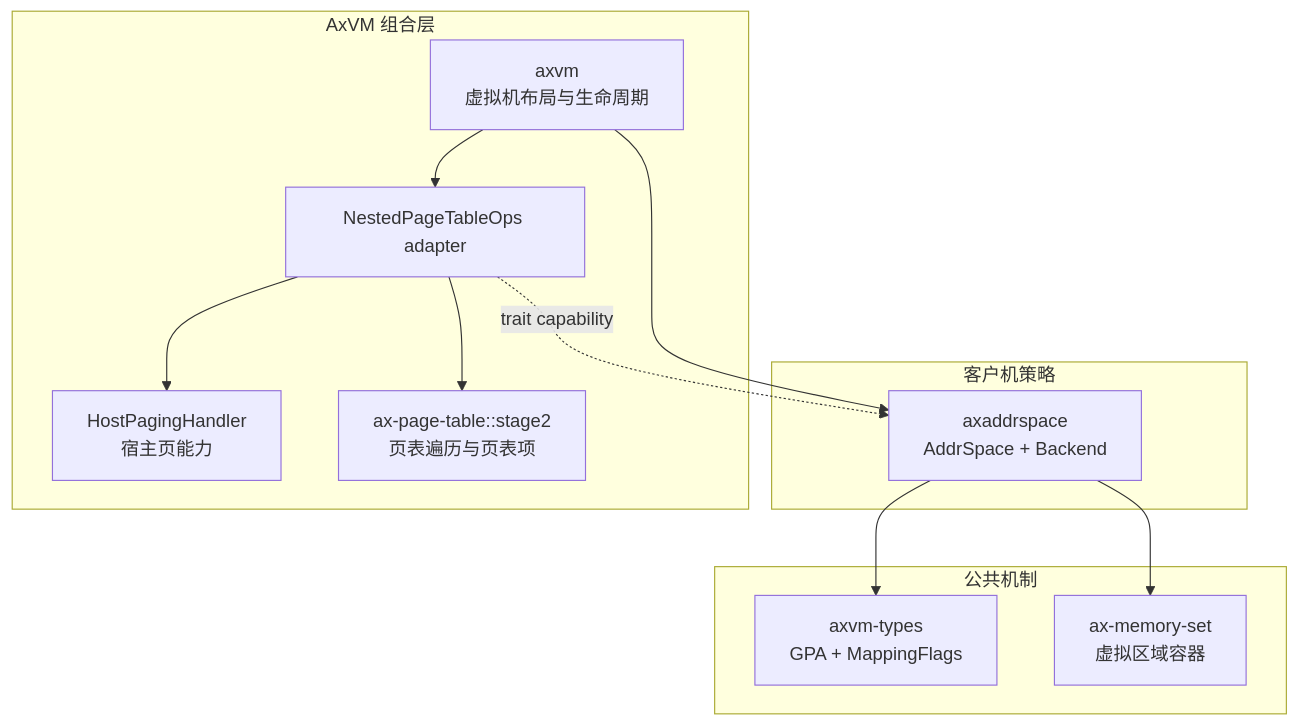
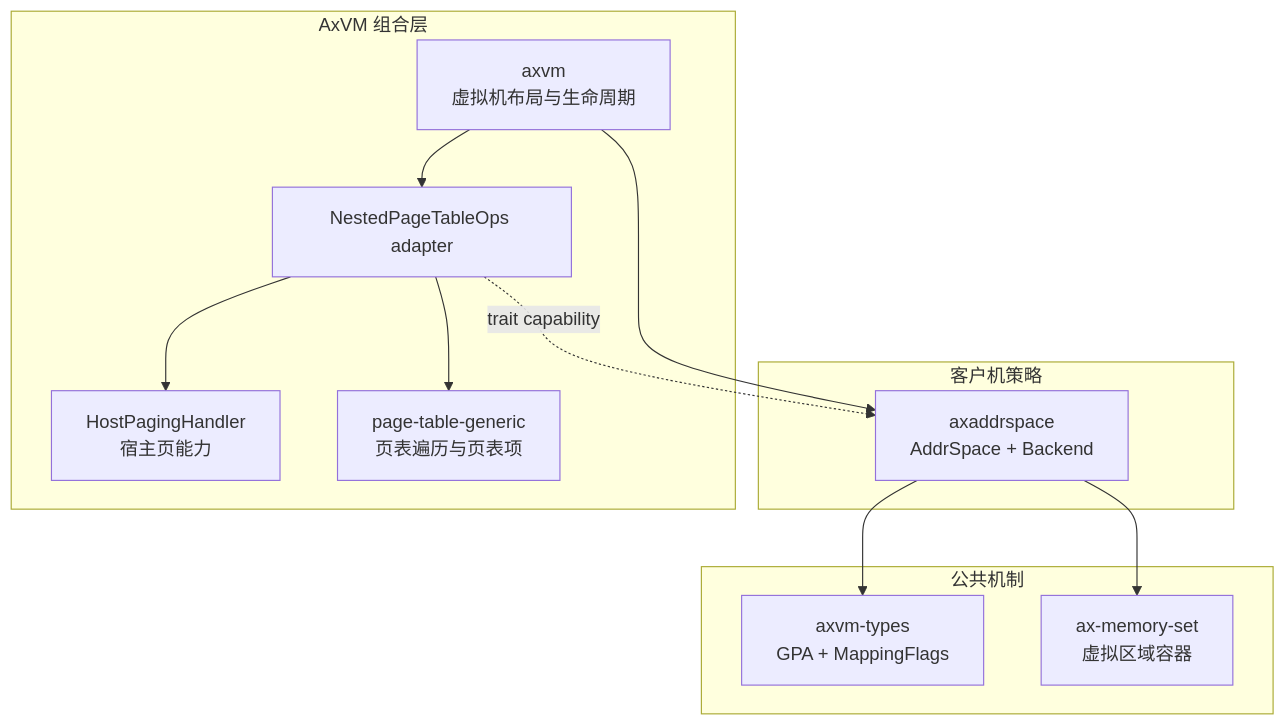
Before and after one commit to rcore-os/tgoskits: the first of 3 diagrams in docs/docs/architecture/memory/axaddrspace.md, drawn with Mermaid. The commit also changed other lines of this file and 141 other files, not shown here.

Commit message:
refactor(axcpu): split ax-page-table into axcpu::paging and page-table-generic

````diff
--- a/docs/docs/architecture/memory/axaddrspace.md
+++ b/docs/docs/architecture/memory/axaddrspace.md
@@ -34,26 +34,26 @@
 ```mermaid
 flowchart TB
     subgraph Policy["客户机策略"]
         AS["axaddrspace\nAddrSpace + Backend"]
     end
 
     subgraph Mechanism["公共机制"]
         TYPES["axvm-types\nGPA + MappingFlags"]
         SET["ax-memory-set\n虚拟区域容器"]
     end
 
     subgraph Integration["AxVM 组合层"]
         VM["axvm\n虚拟机布局与生命周期"]
         ADAPTER["NestedPageTableOps adapter"]
         HOST["HostPagingHandler\n宿主页能力"]
-        PT["ax-page-table::stage2\n页表遍历与页表项"]
+        PT["page-table-generic\n页表遍历与页表项"]
     end
 
     AS --> TYPES
     AS --> SET
     VM --> AS
     VM --> ADAPTER
     ADAPTER --> PT
     ADAPTER --> HOST
     ADAPTER -. "trait capability" .-> AS
 ```
````
